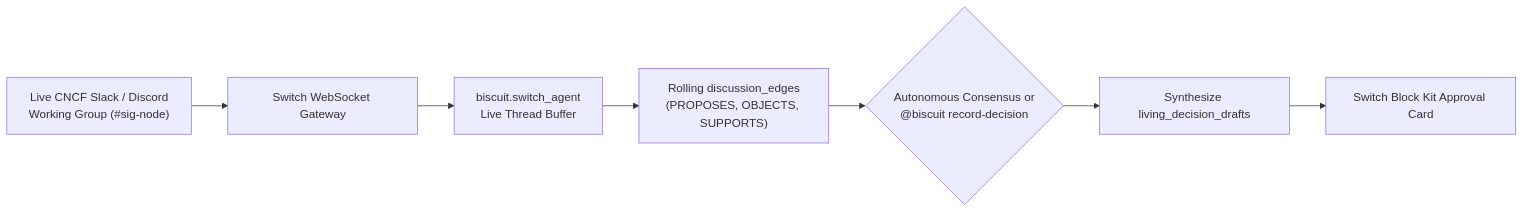
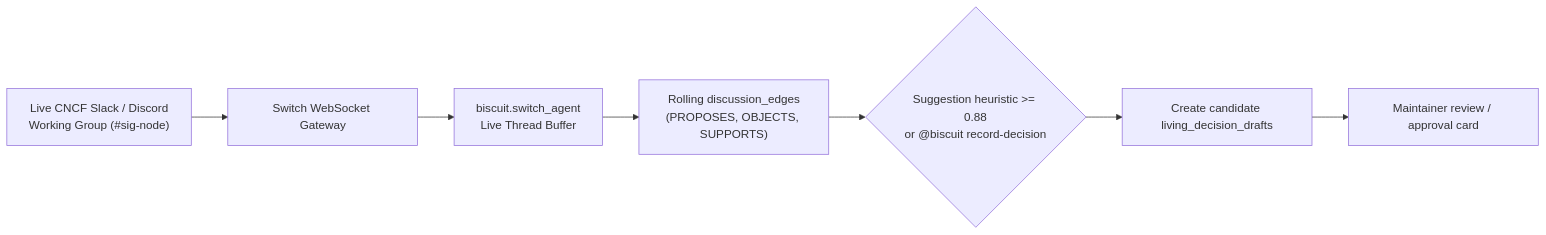
Before and after one commit to MRiARC/biscuit: the third of 3 diagrams in docs/INGESTION_AND_EXTRACTION.md, drawn with Mermaid. The commit also changed other lines of this file, not shown here.

````diff
--- a/docs/INGESTION_AND_EXTRACTION.md
+++ b/docs/INGESTION_AND_EXTRACTION.md
@@ -201,9 +204,9 @@
 ```mermaid
 flowchart LR
     LiveChat["Live CNCF Slack / Discord<br/>Working Group (#sig-node)"] --> SwitchGW["Switch WebSocket Gateway"]
     SwitchGW --> StreamIngest["biscuit.switch_agent<br/>Live Thread Buffer"]
     StreamIngest --> RollingDAG["Rolling discussion_edges<br/>(PROPOSES, OBJECTS, SUPPORTS)"]
-    RollingDAG --> ConsensusGate{"Autonomous Consensus or<br/>@biscuit record-decision"}
-    ConsensusGate --> LivingDraft["Synthesize living_decision_drafts"]
-    LivingDraft --> HITLCard["Switch Block Kit Approval Card"]
+    RollingDAG --> ConsensusGate{"Suggestion heuristic >= 0.88<br/>or @biscuit record-decision"}
+    ConsensusGate --> LivingDraft["Create candidate living_decision_drafts"]
+    LivingDraft --> HITLCard["Maintainer review / approval card"]
 ```
````
